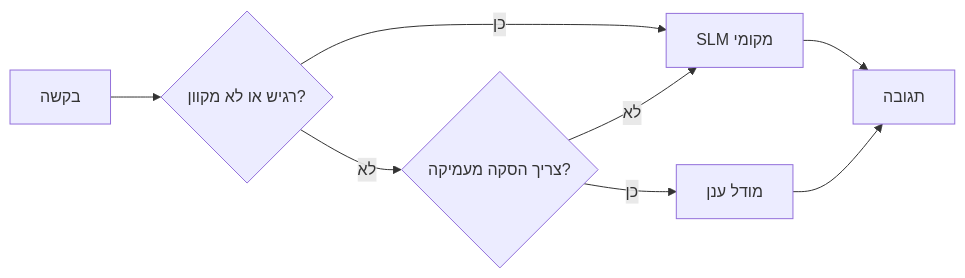
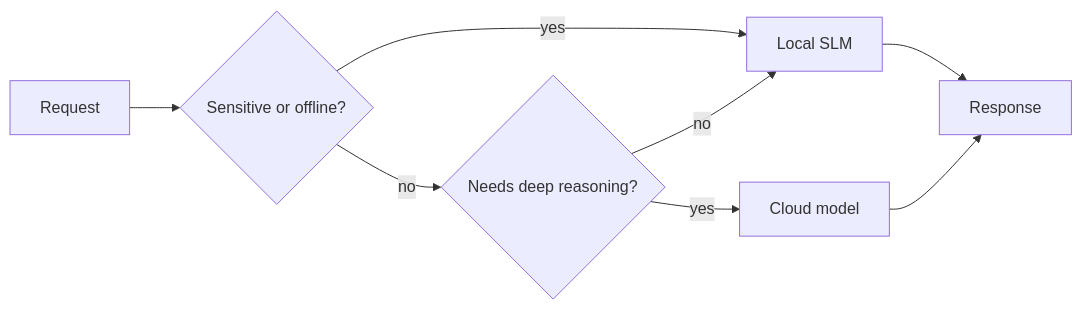
The fourth of 4 diagrams in mirrors/repos/microsoft@ai-agents-for-beginners/translations/he/17-creating-local-ai-agents/README.md (gabrielmoreira/agent-skills-mirror), drawn with Mermaid before and after one commit. The commit also changed other lines of this file and 5918 other files, not shown here.

````diff
--- a/mirrors/repos/microsoft@ai-agents-for-beginners/translations/he/17-creating-local-ai-agents/README.md
+++ b/mirrors/repos/microsoft@ai-agents-for-beginners/translations/he/17-creating-local-ai-agents/README.md
@@ -156,10 +156,10 @@
 ```mermaid
 flowchart LR
-    Q[בקשה] --> S{רגיש או לא מקוון?}
-    S -->|כן| L[SLM מקומי]
-    S -->|לא| C{צריך הסקה מעמיקה?}
-    C -->|לא| L
-    C -->|כן| Cloud[מודל ענן]
-    L --> Out[תגובה]
+    Q[Request] --> S{Sensitive or offline?}
+    S -->|yes| L[Local SLM]
+    S -->|no| C{Needs deep reasoning?}
+    C -->|no| L
+    C -->|yes| Cloud[Cloud model]
+    L --> Out[Response]
     Cloud --> Out
 ```
````
